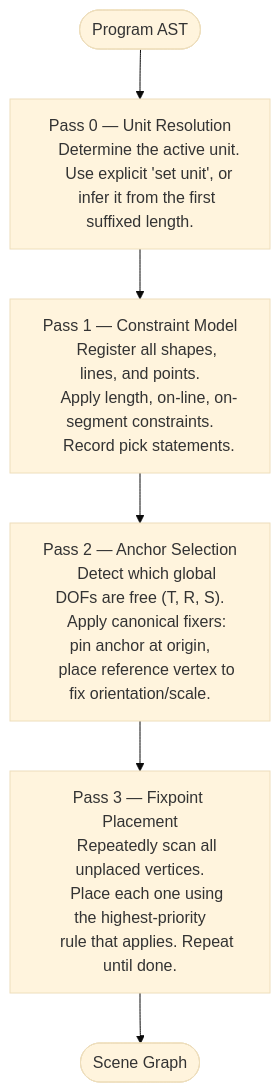
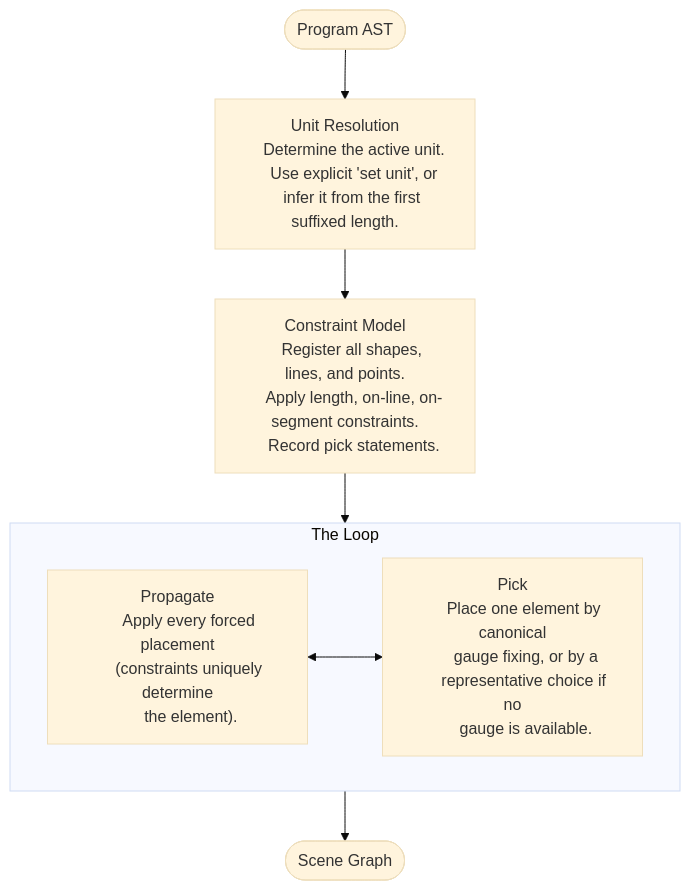
The diagram in docs/solver/index.md (hey-its-suvi/tilde), drawn with Mermaid (base theme) before and after one commit. The commit also changed other lines of this file and 8 other files, not shown here.

First line of the commit message:
docs: rewrite solver pages around propagate/pick loop; bump 0.3.22

````diff
--- a/docs/solver/index.md
+++ b/docs/solver/index.md
@@ -11,33 +11,35 @@
 ```mermaid
 flowchart TD
     A([Program AST]) --> P0
 
-    P0["Pass 0 — Unit Resolution
+    P0["Unit Resolution
     Determine the active unit.
     Use explicit 'set unit', or
     infer it from the first suffixed length."]
 
     P0 --> P1
 
-    P1["Pass 1 — Constraint Model
+    P1["Constraint Model
     Register all shapes, lines, and points.
     Apply length, on-line, on-segment constraints.
     Record pick statements."]
 
-    P1 --> P2
+    P1 --> L
 
-    P2["Pass 2 — Anchor Selection
-    Detect which global DOFs are free (T, R, S).
-    Apply canonical fixers: pin anchor at origin,
-    place reference vertex to fix orientation/scale."]
+    subgraph L ["The Loop"]
+      direction LR
+      PROP["Propagate
+      Apply every forced placement
+      (constraints uniquely determine
+      the element)."]
+      PICK["Pick
+      Place one element by canonical
+      gauge fixing, or by a
+      representative choice if no
+      gauge is available."]
+      PROP <--> PICK
+    end
 
-    P2 --> P3
-
-    P3["Pass 3 — Fixpoint Placement
-    Repeatedly scan all unplaced vertices.
-    Place each one using the highest-priority
-    rule that applies. Repeat until done."]
-
-    P3 --> OUT
+    L --> OUT
     OUT([Scene Graph])
 ```
````
